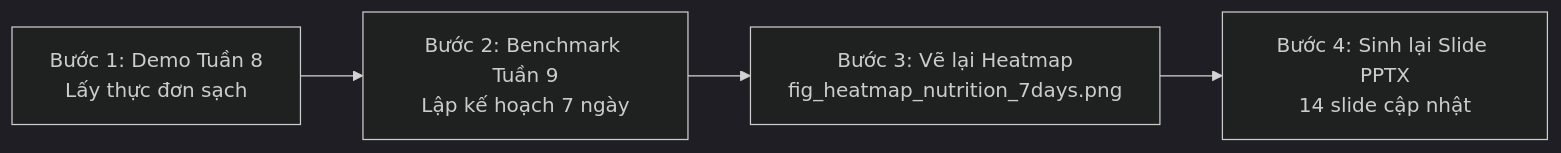
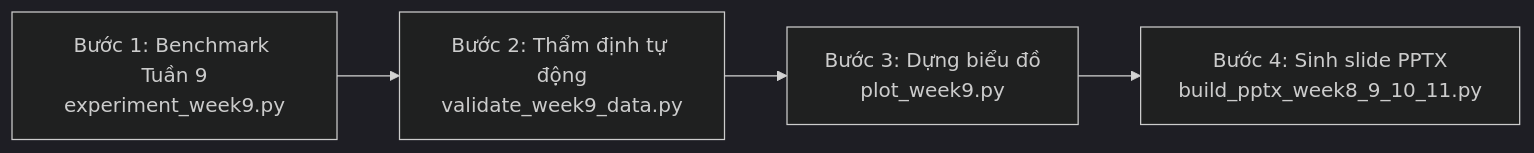
The diagram in docs/KE_HOACH_CHAY_LAI_THUC_NGHIEM.md (duylequang2303/DBO_heathcare), drawn with Mermaid (dark theme) before and after one commit. The commit also changed other lines of this file, not shown here.

````diff
--- a/docs/KE_HOACH_CHAY_LAI_THUC_NGHIEM.md
+++ b/docs/KE_HOACH_CHAY_LAI_THUC_NGHIEM.md
@@ -22,6 +22,6 @@
 ```mermaid
 graph LR
-    A["Bước 1: Demo Tuần 8<br/>Lấy thực đơn sạch"] --> B["Bước 2: Benchmark Tuần 9<br/>Lập kế hoạch 7 ngày"]
-    B --> C["Bước 3: Vẽ lại Heatmap<br/>fig_heatmap_nutrition_7days.png"]
-    C --> D["Bước 4: Sinh lại Slide PPTX<br/>14 slide cập nhật"]
+    A["Bước 1: Benchmark Tuần 9<br/>experiment_week9.py"] --> B["Bước 2: Thẩm định tự động<br/>validate_week9_data.py"]
+    B --> C["Bước 3: Dựng biểu đồ<br/>plot_week9.py"]
+    C --> D["Bước 4: Sinh slide PPTX<br/>build_pptx_week8_9_10_11.py"]
 ```
````
